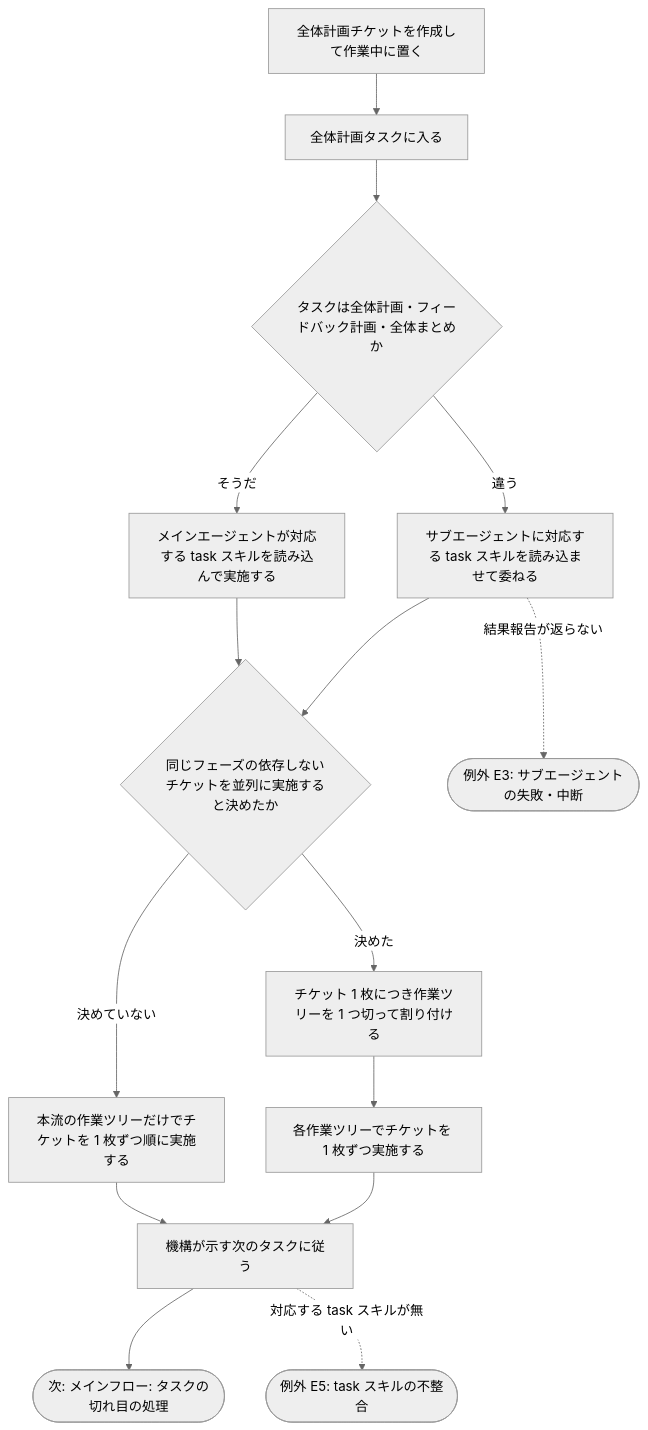
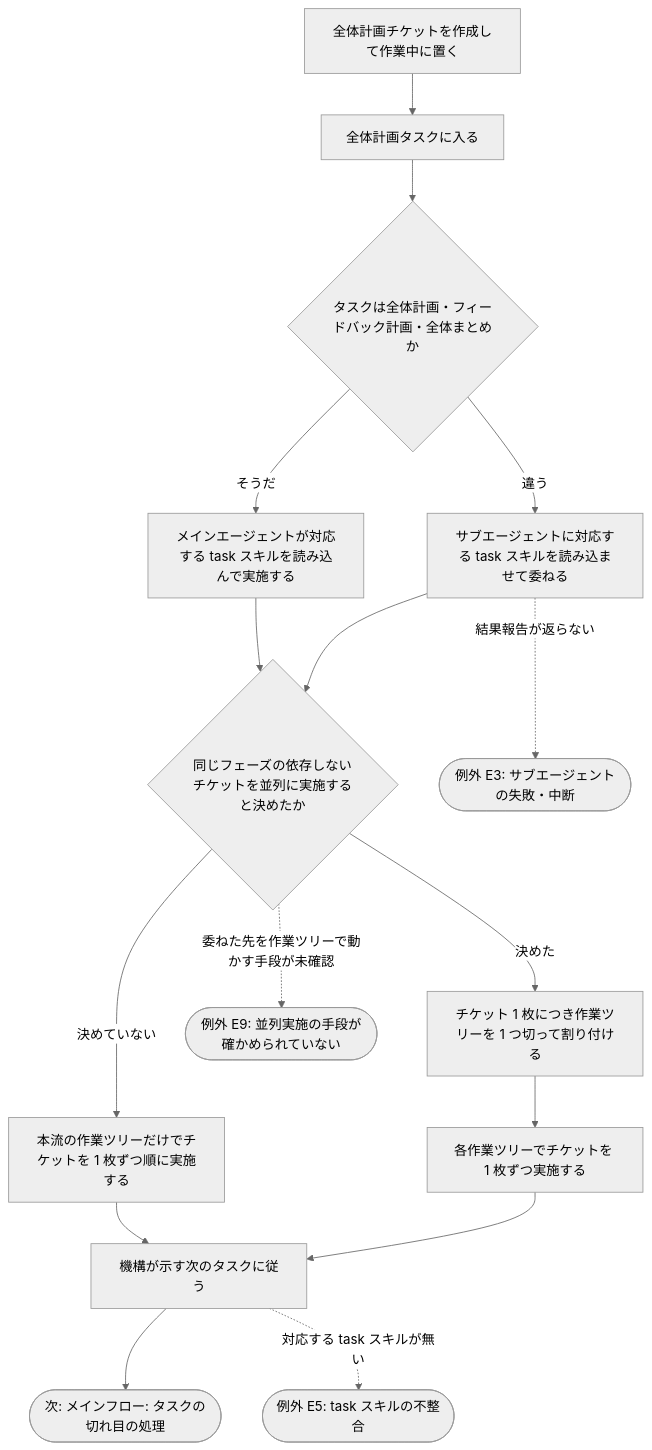
Before and after one commit to yuki-matsu783/issue-mr-ticket-workflow: the first of 3 diagrams in .claude/docs/00_requirement/skills/00-workflow-issue-mr-driven.md, drawn with Mermaid (neutral theme). The commit also changed other lines of this file and 10 other files, not shown here.

````diff
--- a/.claude/docs/00_requirement/skills/00-workflow-issue-mr-driven.md
+++ b/.claude/docs/00_requirement/skills/00-workflow-issue-mr-driven.md
@@ -50,21 +50,23 @@
 ```mermaid
 flowchart TD
   M1[全体計画チケットを作成して作業中に置く]
   M1 --> M2[全体計画タスクに入る]
   M2 --> M3{タスクは全体計画・フィードバック計画・全体まとめか}
   M3 -->|そうだ| M4[メインエージェントが対応する task スキルを読み込んで実施する]
   M3 -->|違う| M5[サブエージェントに対応する task スキルを読み込ませて委ねる]
   M4 --> M6{同じフェーズの依存しないチケットを並列に実施すると決めたか}
   M5 --> M6
   M6 -->|決めていない| M7[本流の作業ツリーだけでチケットを 1 枚ずつ順に実施する]
   M6 -->|決めた| M8[チケット 1 枚につき作業ツリーを 1 つ切って割り付ける]
   M8 --> M9[各作業ツリーでチケットを 1 枚ずつ実施する]
   M7 --> M10[機構が示す次のタスクに従う]
   M9 --> M10
   M10 --> N1
   M10 -.->|対応する task スキルが無い| E5
   M5 -.->|結果報告が返らない| E3
+  M6 -.->|委ねた先を作業ツリーで動かす手段が未確認| E9
   N1([次: メインフロー: タスクの切れ目の処理])
   E3([例外 E3: サブエージェントの失敗・中断])
   E5([例外 E5: task スキルの不整合])
+  E9([例外 E9: 並列実施の手段が確かめられていない])
 ```
````
